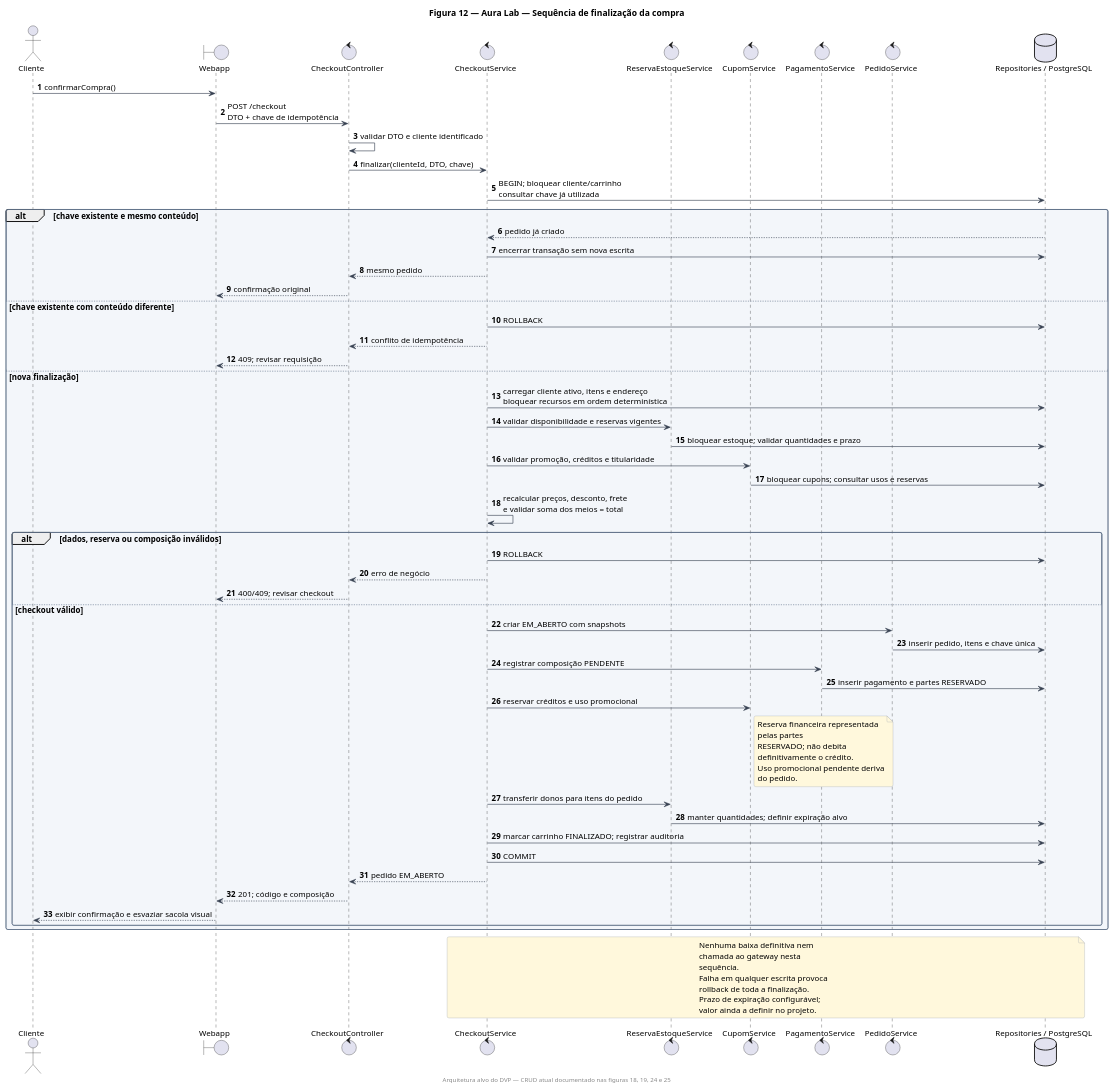
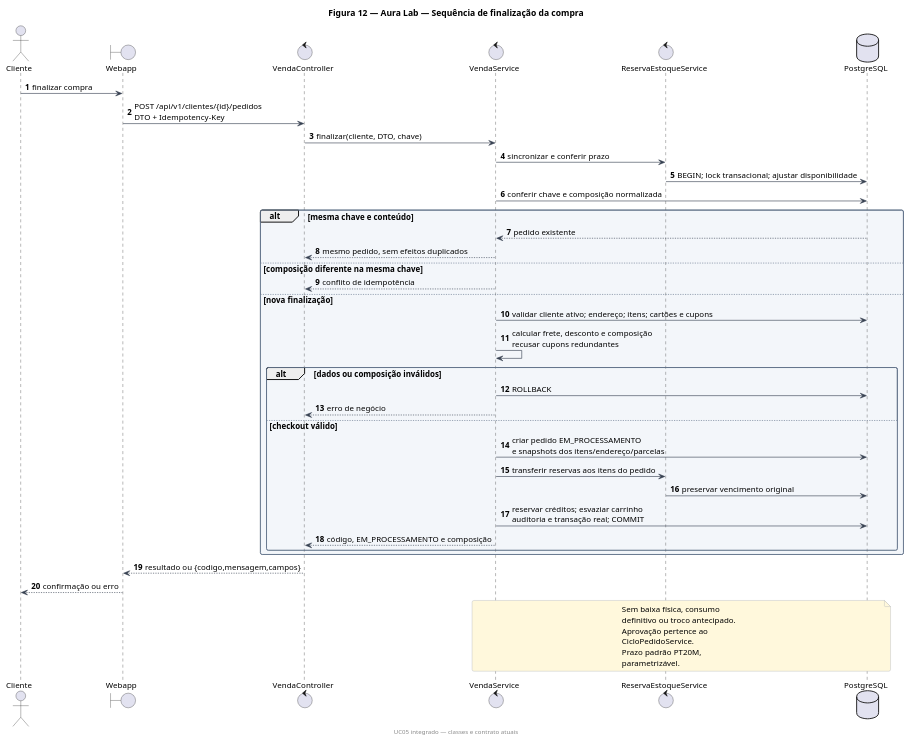
Before and after one commit to krisnarane/Aura_Lab: the diagram in docs/dvp-uml-2026/12-sequencia-realizar-pedido.puml, drawn with PlantUML. The commit also changed 89 other files, not shown here.

```diff
--- a/docs/dvp-uml-2026/12-sequencia-realizar-pedido.puml
+++ b/docs/dvp-uml-2026/12-sequencia-realizar-pedido.puml
@@ -1,83 +1,61 @@
 @startuml
-footer Arquitetura alvo do DVP — CRUD atual documentado nas figuras 18, 19, 24 e 25
+footer UC05 integrado — classes e contrato atuais
 skinparam backgroundColor white
 skinparam shadowing false
 skinparam defaultFontName Arial
 skinparam defaultFontSize 13
 skinparam ArrowColor #374151
 skinparam packageStyle rectangle
 skinparam componentStyle rectangle
 skinparam classAttributeIconSize 0
 skinparam roundcorner 6
 skinparam NoteBackgroundColor #FFF8DC
 skinparam NoteBorderColor #9CA3AF
 skinparam PackageBackgroundColor #F3F6FA
 skinparam PackageBorderColor #64748B
 skinparam ClassBackgroundColor #FFFFFF
 skinparam ClassBorderColor #64748B
 skinparam wrapWidth 220
 
 title Figura 12 — Aura Lab — Sequência de finalização da compra
 
 autonumber
 actor Cliente
 boundary Webapp
-control CheckoutController as API
-control CheckoutService as Checkout
+control VendaController as API
+control VendaService as Venda
 control ReservaEstoqueService as Reserva
-control CupomService as Cupom
-control PagamentoService as Pagamento
-control PedidoService as Pedido
-database "Repositories / PostgreSQL" as DB
-Cliente -> Webapp : confirmarCompra()
-Webapp -> API : POST /checkout\nDTO + chave de idempotência
-API -> API : validar DTO e cliente identificado
-API -> Checkout : finalizar(clienteId, DTO, chave)
-Checkout -> DB : BEGIN; bloquear cliente/carrinho\nconsultar chave já utilizada
-alt chave existente e mesmo conteúdo
-  DB --> Checkout : pedido já criado
-  Checkout -> DB : encerrar transação sem nova escrita
-  Checkout --> API : mesmo pedido
-  API --> Webapp : confirmação original
-else chave existente com conteúdo diferente
-  Checkout -> DB : ROLLBACK
-  Checkout --> API : conflito de idempotência
-  API --> Webapp : 409; revisar requisição
+database PostgreSQL as DB
+Cliente -> Webapp : finalizar compra
+Webapp -> API : POST /api/v1/clientes/{id}/pedidos\nDTO + Idempotency-Key
+API -> Venda : finalizar(cliente, DTO, chave)
+Venda -> Reserva : sincronizar e conferir prazo
+Reserva -> DB : BEGIN; lock transacional; ajustar disponibilidade
+Venda -> DB : conferir chave e composição normalizada
+alt mesma chave e conteúdo
+ DB --> Venda : pedido existente
+ Venda --> API : mesmo pedido, sem efeitos duplicados
+else composição diferente na mesma chave
+ Venda --> API : conflito de idempotência
 else nova finalização
-  Checkout -> DB : carregar cliente ativo, itens e endereço\nbloquear recursos em ordem determinística
-  Checkout -> Reserva : validar disponibilidade e reservas vigentes
-  Reserva -> DB : bloquear estoque; validar quantidades e prazo
-  Checkout -> Cupom : validar promoção, créditos e titularidade
-  Cupom -> DB : bloquear cupons; consultar usos e reservas
-  Checkout -> Checkout : recalcular preços, desconto, frete\ne validar soma dos meios = total
-  alt dados, reserva ou composição inválidos
-    Checkout -> DB : ROLLBACK
-    Checkout --> API : erro de negócio
-    API --> Webapp : 400/409; revisar checkout
-  else checkout válido
-    Checkout -> Pedido : criar EM_ABERTO com snapshots
-    Pedido -> DB : inserir pedido, itens e chave única
-    Checkout -> Pagamento : registrar composição PENDENTE
-    Pagamento -> DB : inserir pagamento e partes RESERVADO
-    Checkout -> Cupom : reservar créditos e uso promocional
-    note right of Cupom
-      Reserva financeira representada pelas partes
-      RESERVADO; não debita definitivamente o crédito.
-      Uso promocional pendente deriva do pedido.
-    end note
-    Checkout -> Reserva : transferir donos para itens do pedido
-    Reserva -> DB : manter quantidades; definir expiração alvo
-    Checkout -> DB : marcar carrinho FINALIZADO; registrar auditoria
-    Checkout -> DB : COMMIT
-    Checkout --> API : pedido EM_ABERTO
-    API --> Webapp : 201; código e composição
-    Webapp --> Cliente : exibir confirmação e esvaziar sacola visual
-  end
+ Venda -> DB : validar cliente ativo; endereço; itens; cartões e cupons
+ Venda -> Venda : calcular frete, desconto e composição\nrecusar cupons redundantes
+ alt dados ou composição inválidos
+  Venda -> DB : ROLLBACK
+  Venda --> API : erro de negócio
+ else checkout válido
+  Venda -> DB : criar pedido EM_PROCESSAMENTO\ne snapshots dos itens/endereço/parcelas
+  Venda -> Reserva : transferir reservas aos itens do pedido
+  Reserva -> DB : preservar vencimento original
+  Venda -> DB : reservar créditos; esvaziar carrinho\nauditoria e transação real; COMMIT
+  Venda --> API : código, EM_PROCESSAMENTO e composição
+ end
 end
-note over Checkout, DB
-  Nenhuma baixa definitiva nem chamada ao gateway nesta sequência.
-  Falha em qualquer escrita provoca rollback de toda a finalização.
-  Prazo de expiração configurável; valor ainda a definir no projeto.
+API --> Webapp : resultado ou {codigo,mensagem,campos}
+Webapp --> Cliente : confirmação ou erro
+note over Venda, DB
+ Sem baixa física, consumo definitivo ou troco antecipado.
+ Aprovação pertence ao CicloPedidoService.
+ Prazo padrão PT20M, parametrizável.
 end note
-
 @enduml
```
